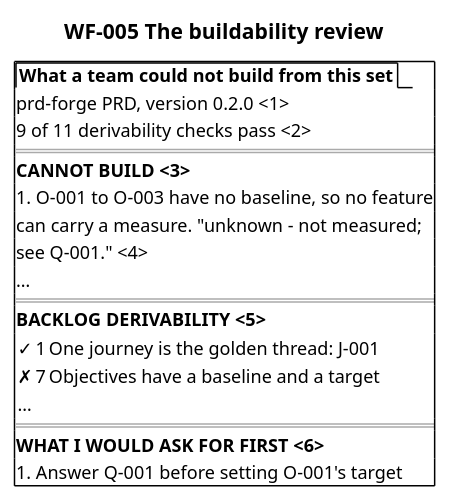
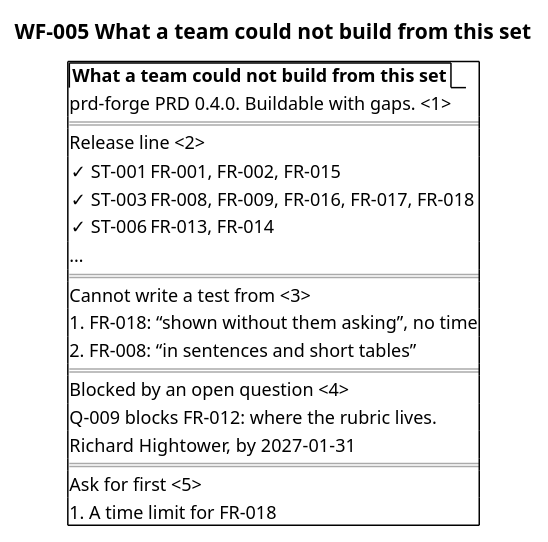
The diagram in docs/prd/prd-forge/diagrams/WF-005.puml (SpillwaveSolutions/prd-forge), drawn with PlantUML before and after one commit. The commit also changed 44 other files, not shown here.

```diff
--- a/docs/prd/prd-forge/diagrams/WF-005.puml
+++ b/docs/prd/prd-forge/diagrams/WF-005.puml
@@ -1,24 +1,26 @@
 @startsalt
-title WF-005 The buildability review
+title WF-005 What a team could not build from this set
 {+
   {/ <b>What a team could not build from this set</b> }
-  prd-forge PRD, version 0.2.0 <1>
-  9 of 11 derivability checks pass <2>
+  prd-forge PRD 0.4.0. Buildable with gaps. <1>
   ==
-  <b>CANNOT BUILD <3>
-  1. O-001 to O-003 have no baseline, so no feature
-     can carry a measure. "unknown - not measured;
-     see Q-001." <4>
+  Release line <2>
+  {
+    ✓ ST-001 | FR-001, FR-002, FR-015
+    ✓ ST-003 | FR-008, FR-009, FR-016, FR-017, FR-018
+    ✓ ST-006 | FR-013, FR-014
+  }
   …
   ==
-  <b>BACKLOG DERIVABILITY <5>
-  {
-    ✓ | 1 | One journey is the golden thread: J-001
-    ✗ | 7 | Objectives have a baseline and a target
-    … | . | .
-  }
+  Cannot write a test from <3>
+  1. FR-018: “shown without them asking”, no time
+  2. FR-008: “in sentences and short tables”
   ==
-  <b>WHAT I WOULD ASK FOR FIRST <6>
-  1. Answer Q-001 before setting O-001's target
+  Blocked by an open question <4>
+  Q-009 blocks FR-012: where the rubric lives.
+  Richard Hightower, by 2027-01-31
+  ==
+  Ask for first <5>
+  1. A time limit for FR-018
 }
 @endsalt
```
